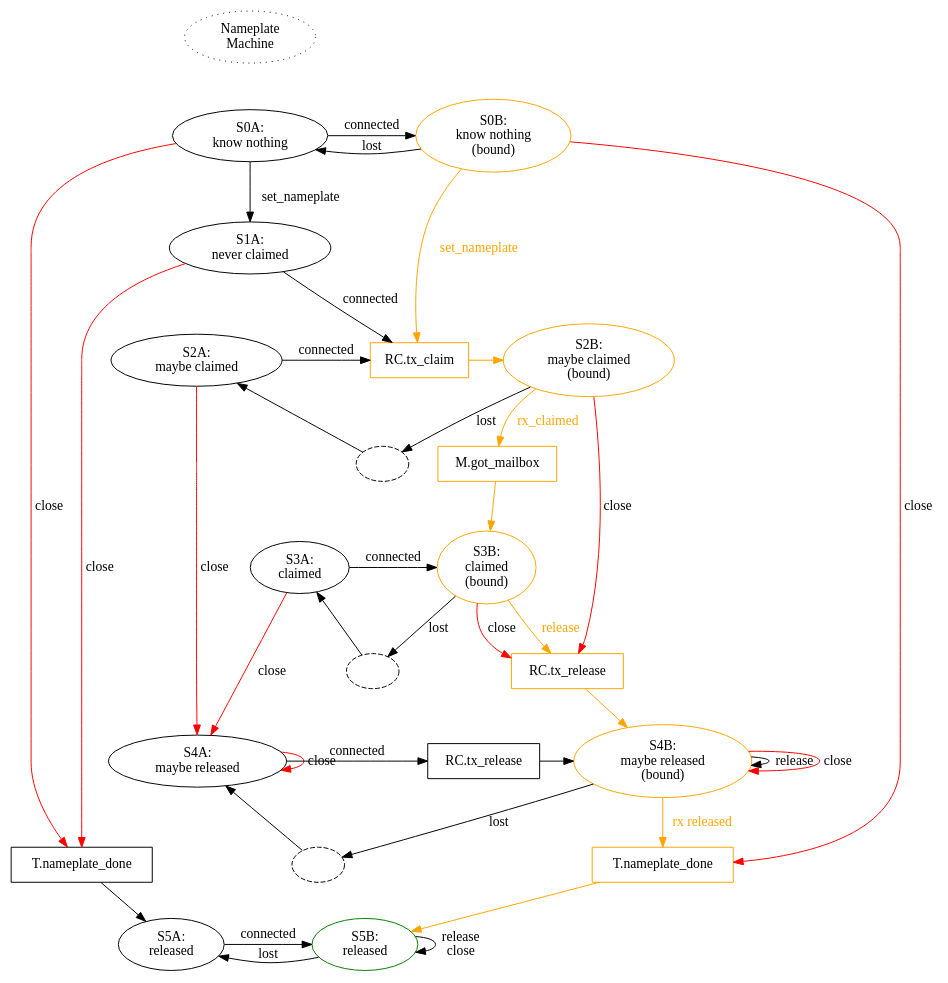
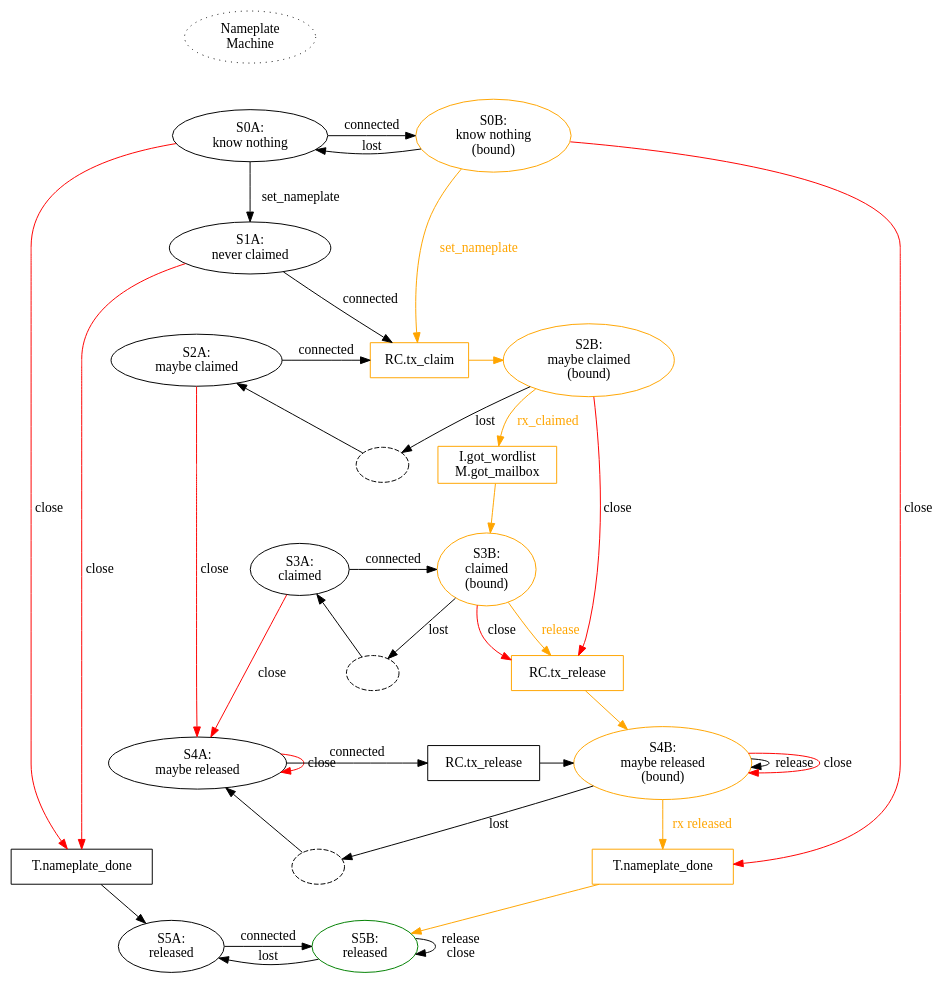
The diagram in docs/state-machines/nameplate.dot (magic-wormhole/magic-wormhole), drawn with Graphviz before and after one commit. The commit also changed 12 other files, not shown here.

```diff
--- a/docs/state-machines/nameplate.dot
+++ b/docs/state-machines/nameplate.dot
@@ -1,101 +1,101 @@
 digraph {
         /* new idea */
 
         title [label="Nameplate\nMachine" style="dotted"]
         title -> S0A [style="invis"]
 
         {rank=same; S0A S0B}
         S0A [label="S0A:\nknow nothing"]
         S0B [label="S0B:\nknow nothing\n(bound)" color="orange"]
         S0A -> S0B [label="connected"]
         S0B -> S0A [label="lost"]
 
         S0A -> S1A [label="set_nameplate"]
         S0B -> P2_connected [label="set_nameplate" color="orange" fontcolor="orange"]
 
         S1A [label="S1A:\nnever claimed"]
         S1A -> P2_connected [label="connected"]
 
         S1A -> S2A [style="invis"]
         S1B [style="invis"]
         S0B -> S1B [style="invis"]
         S1B -> S2B [style="invis"]
         {rank=same; S1A S1B}
         S1A -> S1B [style="invis"]
         
         {rank=same; S2A P2_connected S2B}
         S2A [label="S2A:\nmaybe claimed"]
         S2A -> P2_connected [label="connected"]
         P2_connected [shape="box"
                       label="RC.tx_claim" color="orange"]
         P2_connected -> S2B [color="orange"]
         S2B [label="S2B:\nmaybe claimed\n(bound)" color="orange"]
 
         #S2B -> S2A [label="lost"] # causes bad layout
         S2B -> foo2 [label="lost"]
         foo2 [label="" style="dashed"]
         foo2 -> S2A
 
         S2A -> S3A [label="(none)" style="invis"]
         S2B -> P_open [label="rx_claimed" color="orange" fontcolor="orange"]
-        P_open [shape="box" label="M.got_mailbox" color="orange"]
+        P_open [shape="box" label="I.got_wordlist\nM.got_mailbox" color="orange"]
         P_open -> S3B [color="orange"]
 
         subgraph {rank=same; S3A S3B}
         S3A [label="S3A:\nclaimed"]
         S3B [label="S3B:\nclaimed\n(bound)" color="orange"]
         S3A -> S3B [label="connected"]
         S3B -> foo3 [label="lost"]
         foo3 [label="" style="dashed"]
         foo3 -> S3A
 
         #S3B -> S3B [label="rx_claimed"] # shouldn't happen
 
         S3B -> P3_release [label="release" color="orange" fontcolor="orange"]
         P3_release [shape="box" color="orange" label="RC.tx_release"]
         P3_release -> S4B [color="orange"]
 
         subgraph {rank=same; S4A P4_connected S4B}
         S4A [label="S4A:\nmaybe released\n"]
 
         S4B [label="S4B:\nmaybe released\n(bound)" color="orange"]
         S4A -> P4_connected [label="connected"]
         P4_connected [shape="box" label="RC.tx_release"]
         S4B -> S4B [label="release"]
 
         P4_connected -> S4B
         S4B -> foo4 [label="lost"]
         foo4 [label="" style="dashed"]
         foo4 -> S4A
 
         S4A -> S5B [style="invis"]
         P4_connected -> S5B [style="invis"]
 
         subgraph {rank=same; P5A_done P5B_done}
         S4B -> P5B_done [label="rx released" color="orange" fontcolor="orange"]
         P5B_done [shape="box" label="T.nameplate_done" color="orange"]
         P5B_done -> S5B [color="orange"]
 
         subgraph {rank=same; S5A S5B}
         S5A [label="S5A:\nreleased"]
         S5A -> S5B [label="connected"]
         S5B -> S5A [label="lost"]
         S5B [label="S5B:\nreleased" color="green"]
 
         S5B -> S5B [label="release\nclose"]
 
         P5A_done [shape="box" label="T.nameplate_done"]
         P5A_done -> S5A
 
         S0A -> P5A_done [label="close" color="red"]
         S1A -> P5A_done [label="close" color="red"]
         S2A -> S4A [label="close" color="red"]
         S3A -> S4A [label="close" color="red"]
         S4A -> S4A [label="close" color="red"]
         S0B -> P5B_done [label="close" color="red"]
         S2B -> P3_release [label="close" color="red"]
         S3B -> P3_release [label="close" color="red"]
         S4B -> S4B [label="close" color="red"]
         
 
 }
```
